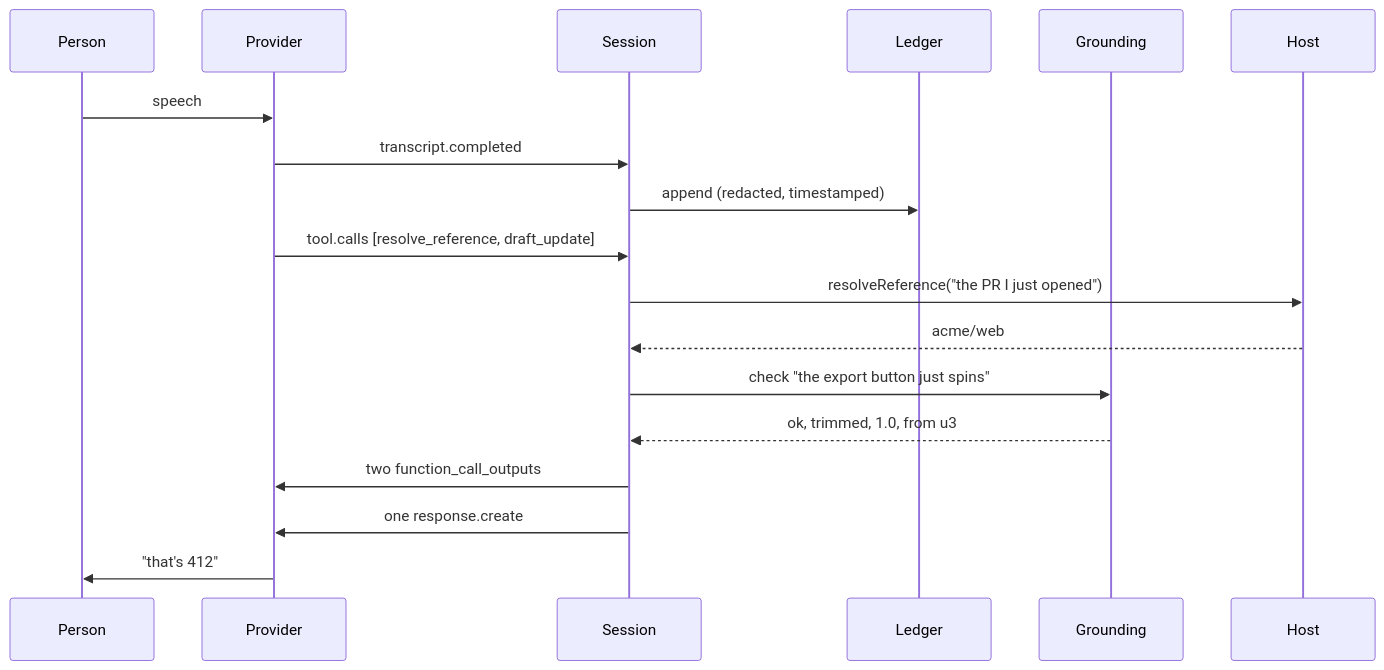
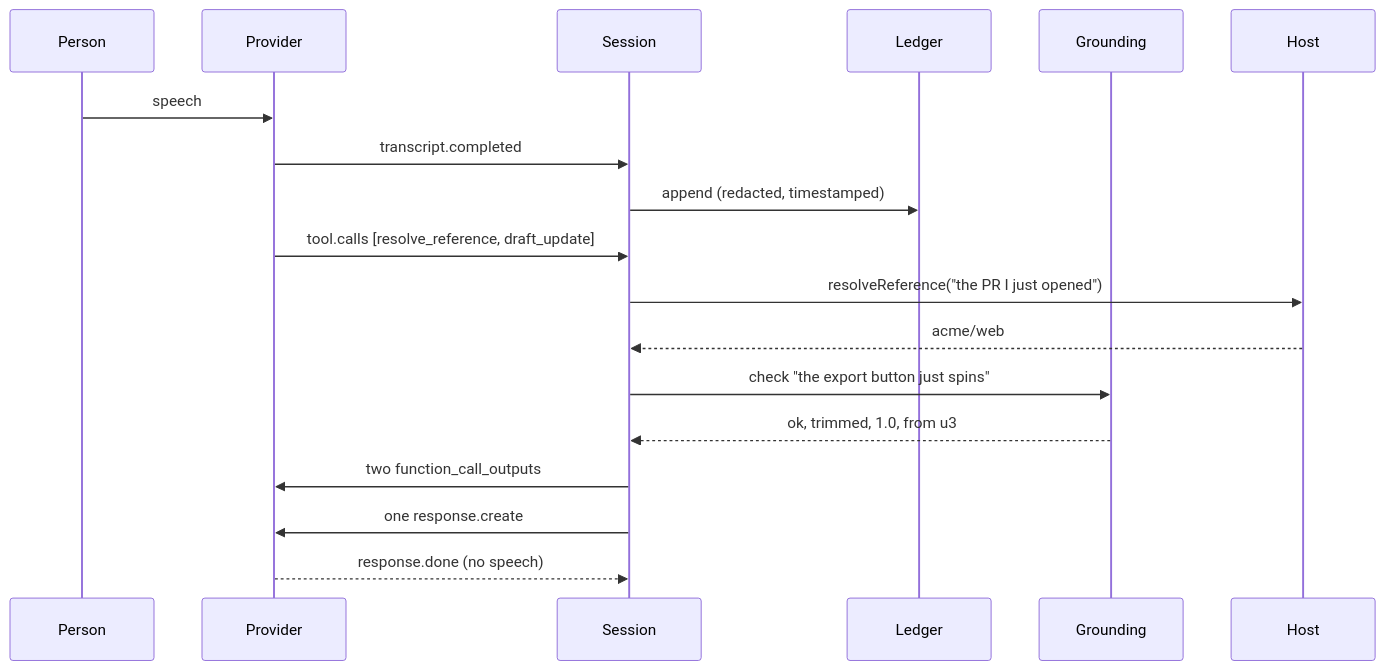
One commit to colbylwilliams/riff changed the second of 2 diagrams in docs/architecture.md. Above: the diagram before and after it, drawn with Mermaid. The commit also changed 22 other files, not shown here.

````diff
--- a/docs/architecture.md
+++ b/docs/architecture.md
@@ -85,21 +85,21 @@
 ```mermaid
 sequenceDiagram
     participant P as Person
     participant Pr as Provider
     participant S as Session
     participant L as Ledger
     participant G as Grounding
     participant H as Host
 
     P->>Pr: speech
     Pr->>S: transcript.completed
     S->>L: append (redacted, timestamped)
     Pr->>S: tool.calls [resolve_reference, draft_update]
     S->>H: resolveReference("the PR I just opened")
     H-->>S: acme/web#412
     S->>G: check "the export button just spins"
     G-->>S: ok, trimmed, 1.0, from u3
     S->>Pr: two function_call_outputs
     S->>Pr: one response.create
-    Pr->>P: "that's 412"
+    Pr-->>S: response.done (no speech)
 ```
````
